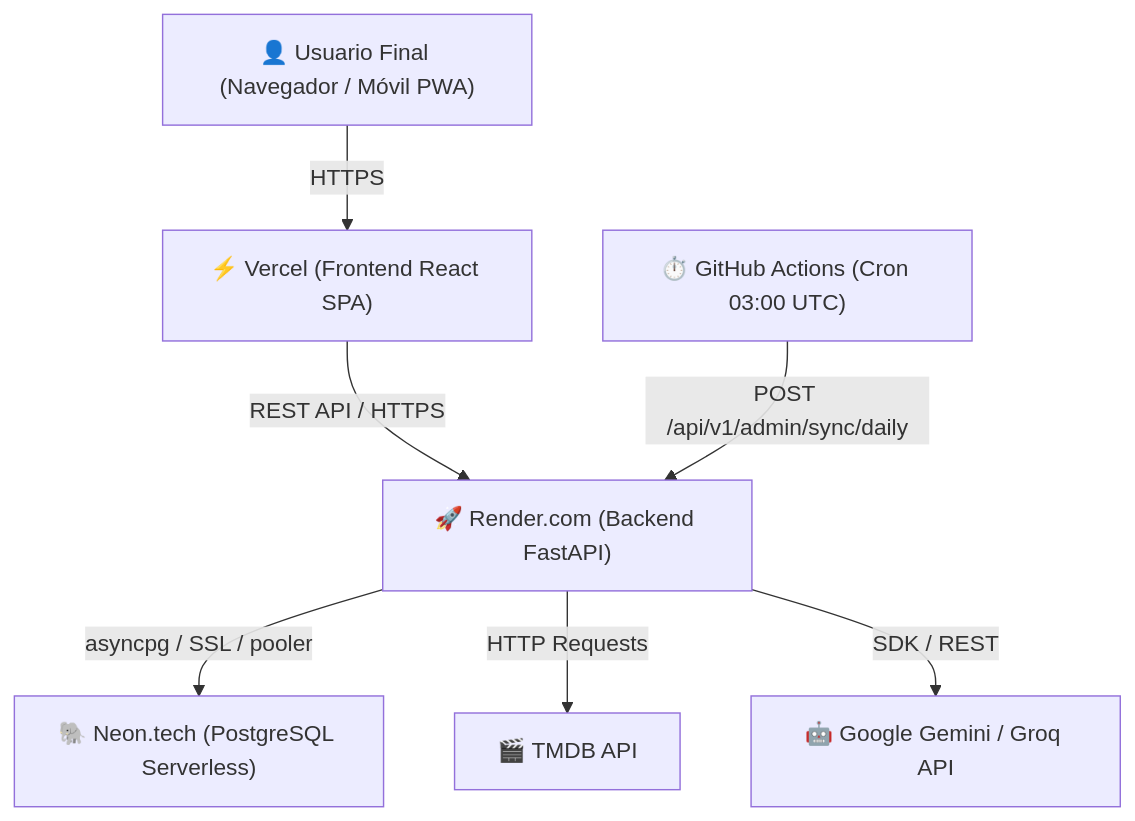
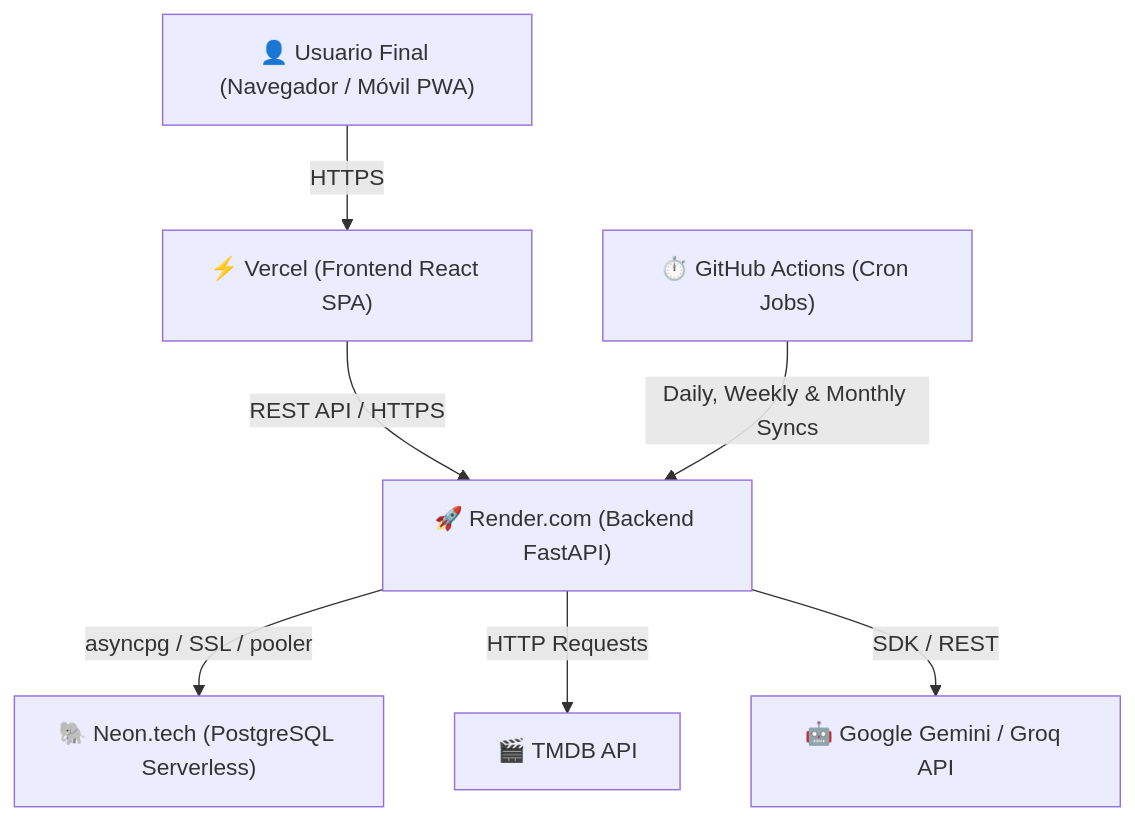
The diagram in README.md (damianvc31/CineTrack), drawn with Mermaid before and after one commit. The commit also changed other lines of this file and 2 other files, not shown here.

Commit message:
docs: update cron schedules, production render url, and deployment workflows

````diff
--- a/README.md
+++ b/README.md
@@ -328,9 +339,9 @@
 ```mermaid
 flowchart TD
     User["👤 Usuario Final (Navegador / Móvil PWA)"] -->|HTTPS| Vercel["⚡ Vercel (Frontend React SPA)"]
     Vercel -->|REST API / HTTPS| Render["🚀 Render.com (Backend FastAPI)"]
-    Cron["⏱️ GitHub Actions (Cron 03:00 UTC)"] -->|POST /api/v1/admin/sync/daily| Render
+    Cron["⏱️ GitHub Actions (Cron Jobs)"] -->|Daily, Weekly & Monthly Syncs| Render
     Render -->|asyncpg / SSL / pooler| Neon["🐘 Neon.tech (PostgreSQL Serverless)"]
     Render -->|HTTP Requests| TMDB["🎬 TMDB API"]
     Render -->|SDK / REST| AI["🤖 Google Gemini / Groq API"]
 ```
````
